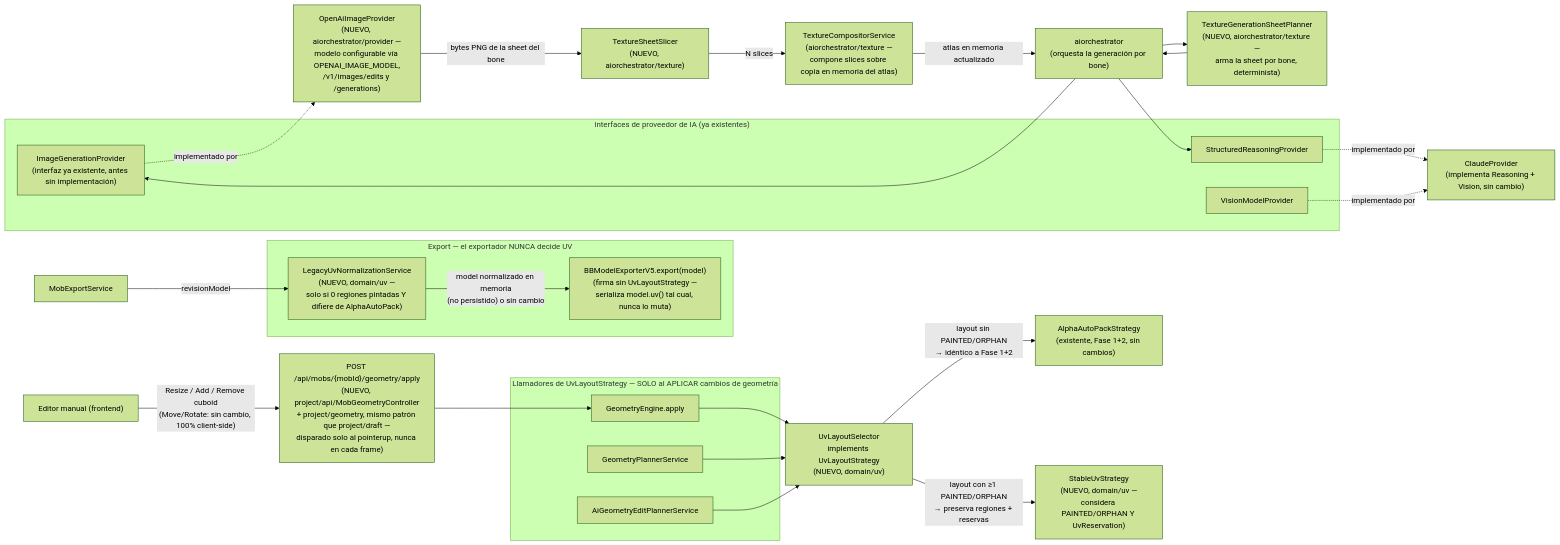
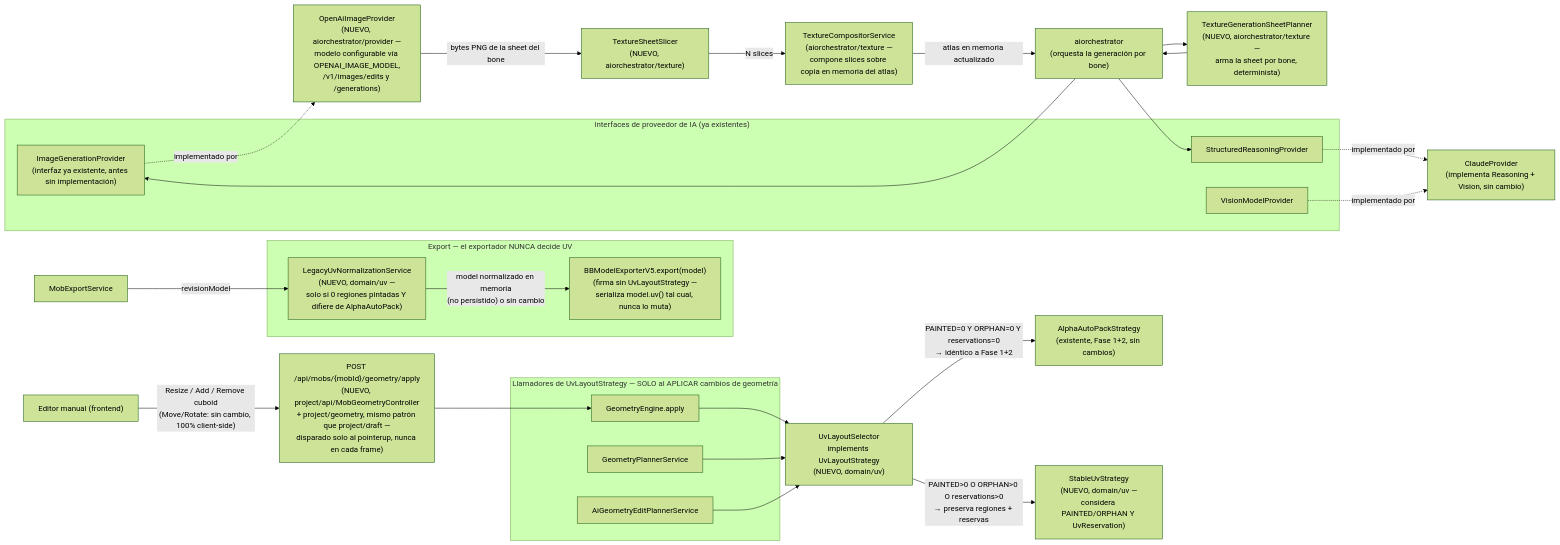
Before and after one commit to 64bitstudio/galgoth-studio: the fourth of 4 diagrams in docs/definiciones/galgoth-studio-fase3-textura.md, drawn with Mermaid (forest theme). The commit also changed other lines of this file and 4 other files, not shown here.

First line of the commit message:
fix(057): UvLayoutSelector considera reservations al decidir la estrategia de UV (#73)

````diff
--- a/docs/definiciones/galgoth-studio-fase3-textura.md
+++ b/docs/definiciones/galgoth-studio-fase3-textura.md
@@ -901,54 +906,54 @@
 ```mermaid
 flowchart LR
     subgraph CALLERS["Llamadores de UvLayoutStrategy — SOLO al APLICAR cambios de geometría"]
         GE["GeometryEngine.apply"]
         GPS["GeometryPlannerService"]
         AGEPS["AiGeometryEditPlannerService"]
     end
 
     SEL["UvLayoutSelector\nimplements UvLayoutStrategy\n(NUEVO, domain/uv)"]
     ALPHA["AlphaAutoPackStrategy\n(existente, Fase 1+2, sin cambios)"]
     STABLE["StableUvStrategy\n(NUEVO, domain/uv —\nconsidera PAINTED/ORPHAN Y UvReservation)"]
 
     GE --> SEL
     GPS --> SEL
     AGEPS --> SEL
-    SEL -- "layout sin PAINTED/ORPHAN\n→ idéntico a Fase 1+2" --> ALPHA
-    SEL -- "layout con ≥1 PAINTED/ORPHAN\n→ preserva regiones + reservas" --> STABLE
+    SEL -- "PAINTED=0 Y ORPHAN=0 Y reservations=0\n→ idéntico a Fase 1+2" --> ALPHA
+    SEL -- "PAINTED>0 O ORPHAN>0 O reservations>0\n→ preserva regiones + reservas" --> STABLE
 
     subgraph EXPORT["Export — el exportador NUNCA decide UV"]
         LEGACY["LegacyUvNormalizationService\n(NUEVO, domain/uv —\nsolo si 0 regiones pintadas Y difiere de AlphaAutoPack)"]
         EXP5["BBModelExporterV5.export(model)\n(firma sin UvLayoutStrategy —\nserializa model.uv() tal cual, nunca lo muta)"]
     end
     MOBEXPORT["MobExportService"] -- "revisionModel" --> LEGACY
     LEGACY -- "model normalizado en memoria\n(no persistido) o sin cambio" --> EXP5
 
     subgraph AIPROV["Interfaces de proveedor de IA (ya existentes)"]
         REASONI["StructuredReasoningProvider"]
         VISIONI["VisionModelProvider"]
         IMGI["ImageGenerationProvider\n(interfaz ya existente, antes sin implementación)"]
     end
     CLAUDEP["ClaudeProvider\n(implementa Reasoning + Vision, sin cambio)"]
     OPENAIP["OpenAiImageProvider\n(NUEVO, aiorchestrator/provider —\nmodelo configurable vía OPENAI_IMAGE_MODEL,\n/v1/images/edits y /generations)"]
 
     REASONI -. implementado por .-> CLAUDEP
     VISIONI -. implementado por .-> CLAUDEP
     IMGI -. implementado por .-> OPENAIP
 
     ORCHNODE["aiorchestrator\n(orquesta la generación por bone)"]
     PLANNER["TextureGenerationSheetPlanner\n(NUEVO, aiorchestrator/texture —\narma la sheet por bone, determinista)"]
     ORCHNODE --> REASONI
     ORCHNODE --> PLANNER
     PLANNER --> ORCHNODE
     ORCHNODE --> IMGI
 
     SLICER["TextureSheetSlicer\n(NUEVO, aiorchestrator/texture)"]
     COMPOSITOR["TextureCompositorService\n(aiorchestrator/texture —\ncompone slices sobre copia en memoria del atlas)"]
     OPENAIP -- "bytes PNG de la sheet del bone" --> SLICER
     SLICER -- "N slices" --> COMPOSITOR
     COMPOSITOR -- "atlas en memoria actualizado" --> ORCHNODE
 
     ENDPOINT["POST /api/mobs/{mobId}/geometry/apply\n(NUEVO, project/api/MobGeometryController\n+ project/geometry, mismo patrón que project/draft —\ndisparado solo al pointerup, nunca en cada frame)"]
     FE["Editor manual (frontend)"] -- "Resize / Add / Remove cuboid\n(Move/Rotate: sin cambio, 100% client-side)" --> ENDPOINT
     ENDPOINT --> GE
 ```
````
